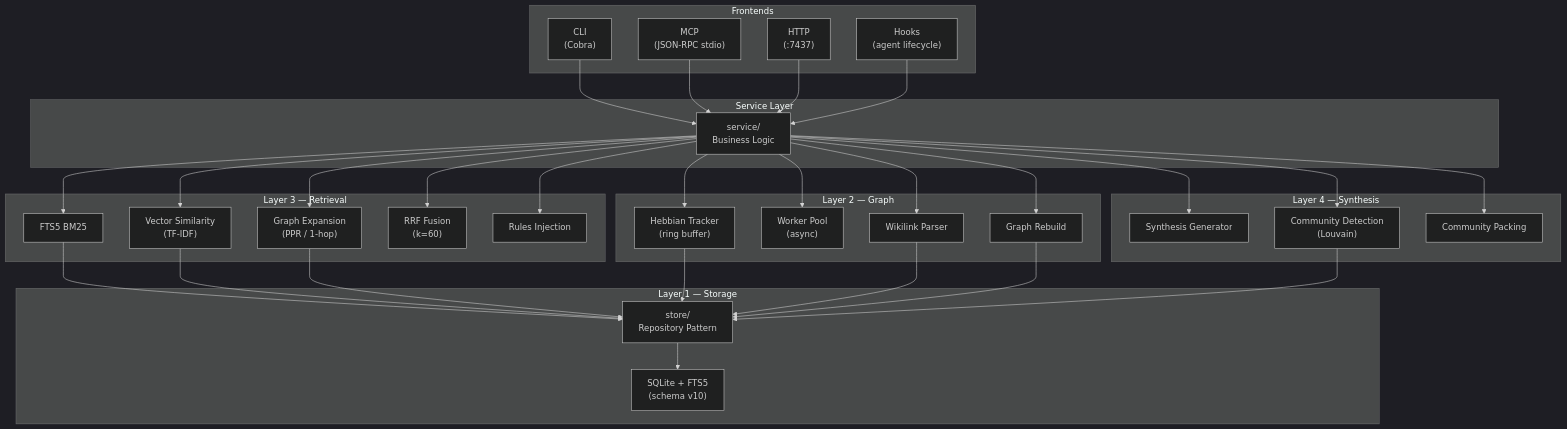
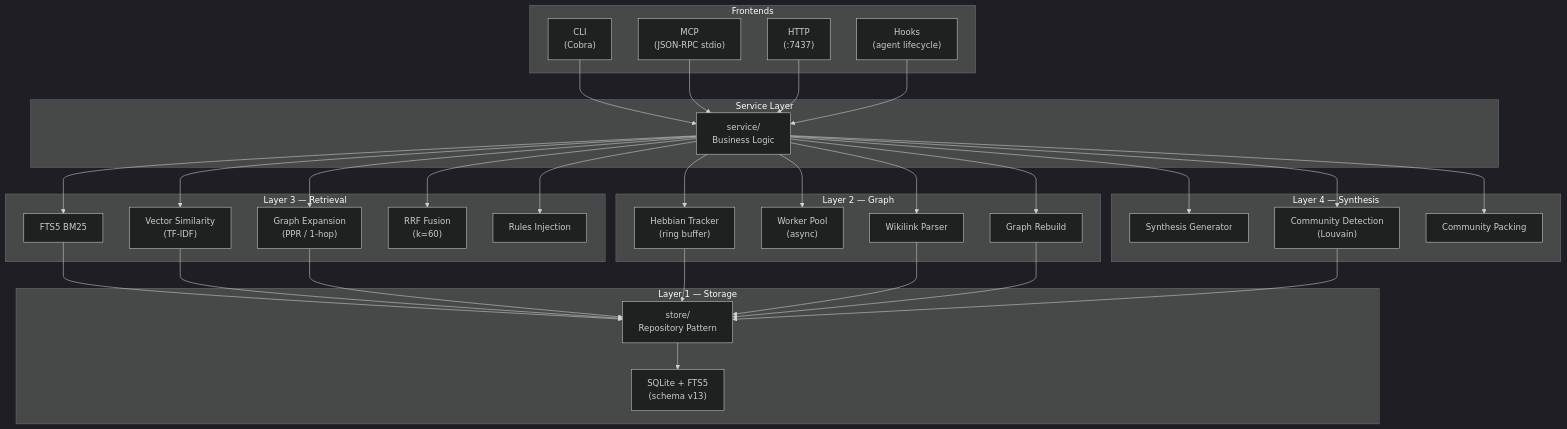
The first of 11 diagrams in docs/ARCHITECTURE.md (wirvii/mneme), drawn with Mermaid (dark theme) before and after one commit. The commit also changed other lines of this file and 1 other file, not shown here.

````diff
--- a/docs/ARCHITECTURE.md
+++ b/docs/ARCHITECTURE.md
@@ -45,69 +45,69 @@
 ```mermaid
 graph TB
     subgraph Frontends
         CLI["CLI<br/>(Cobra)"]
         MCP["MCP<br/>(JSON-RPC stdio)"]
         HTTP["HTTP<br/>(:7437)"]
         HOOKS["Hooks<br/>(agent lifecycle)"]
     end
 
     subgraph "Service Layer"
         SVC["service/<br/>Business Logic"]
     end
 
     subgraph "Layer 4 — Synthesis"
         SYNTH["Synthesis Generator"]
         COMM["Community Detection<br/>(Louvain)"]
         CPAK["Community Packing"]
     end
 
     subgraph "Layer 3 — Retrieval"
         FTS["FTS5 BM25"]
         VEC["Vector Similarity<br/>(TF-IDF)"]
         PPR["Graph Expansion<br/>(PPR / 1-hop)"]
         RRF["RRF Fusion<br/>(k=60)"]
         RULES["Rules Injection"]
     end
 
     subgraph "Layer 2 — Graph"
         HEBB["Hebbian Tracker<br/>(ring buffer)"]
         WORKER["Worker Pool<br/>(async)"]
         WLINK["Wikilink Parser"]
         RBLD["Graph Rebuild"]
     end
 
     subgraph "Layer 1 — Storage"
         STORE["store/<br/>Repository Pattern"]
-        DB["SQLite + FTS5<br/>(schema v10)"]
+        DB["SQLite + FTS5<br/>(schema v13)"]
     end
 
     CLI --> SVC
     MCP --> SVC
     HTTP --> SVC
     HOOKS --> SVC
 
     SVC --> SYNTH
     SVC --> COMM
     SVC --> CPAK
 
     SVC --> FTS
     SVC --> VEC
     SVC --> PPR
     SVC --> RRF
     SVC --> RULES
 
     SVC --> HEBB
     SVC --> WORKER
     SVC --> WLINK
     SVC --> RBLD
 
     FTS --> STORE
     VEC --> STORE
     PPR --> STORE
     HEBB --> STORE
     WLINK --> STORE
     RBLD --> STORE
     COMM --> STORE
 
     STORE --> DB
 ```
````
